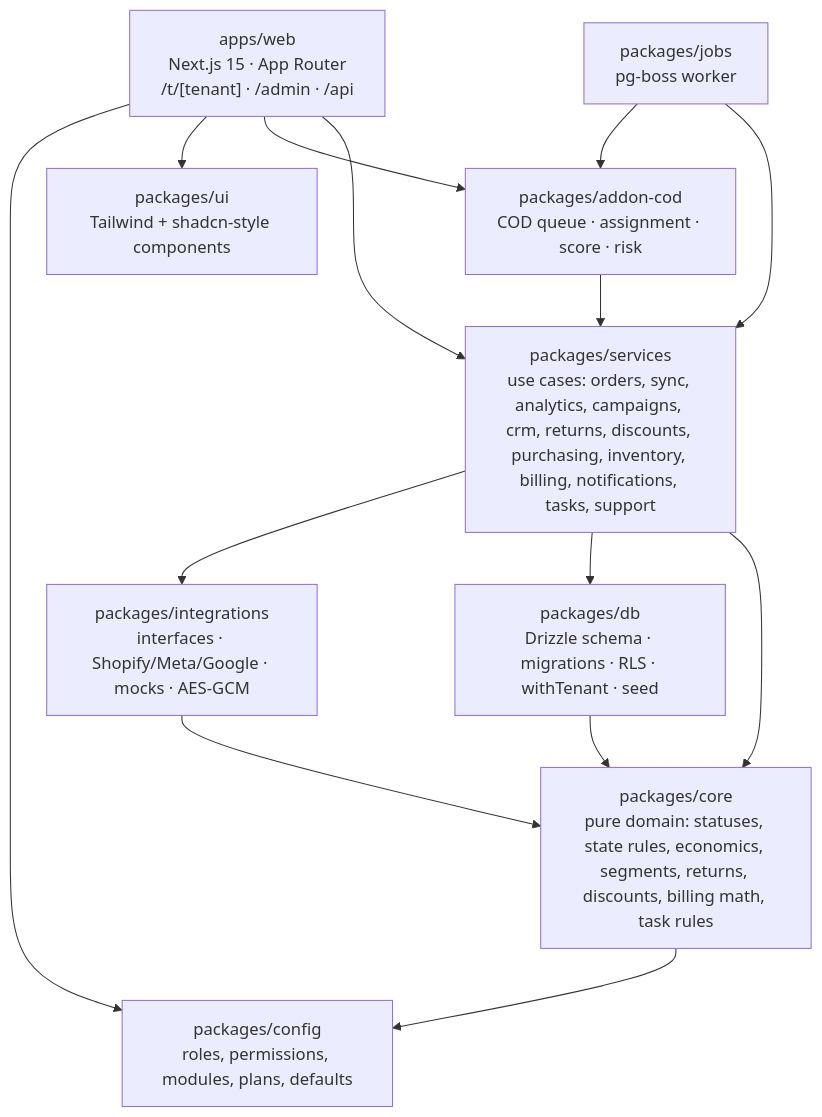
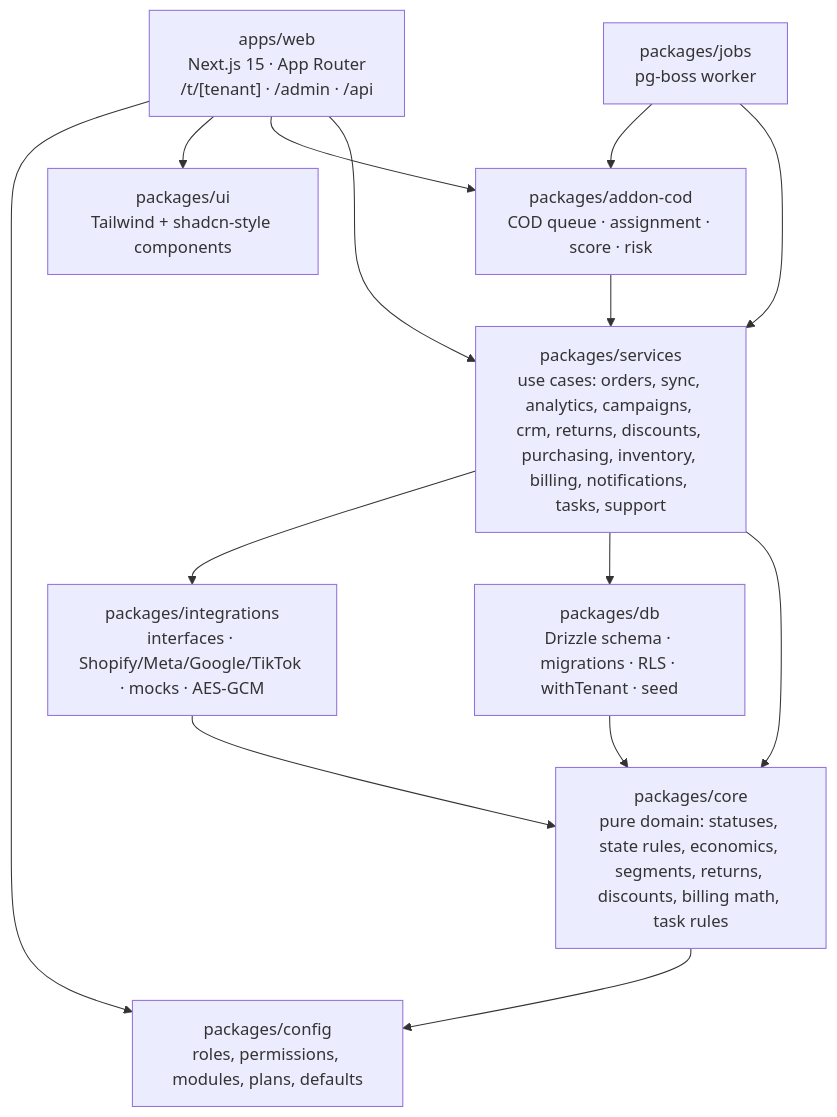
The first of 5 diagrams in docs/ARCHITECTURE.md (Federico1927/keel), drawn with Mermaid before and after one commit. The commit also changed other lines of this file and 64 other files, not shown here.

````diff
--- a/docs/ARCHITECTURE.md
+++ b/docs/ARCHITECTURE.md
@@ -7,26 +7,26 @@
 ```mermaid
 flowchart TD
   web["apps/web<br/>Next.js 15 · App Router<br/>/t/[tenant] · /admin · /api"]
   jobs["packages/jobs<br/>pg-boss worker"]
   cod["packages/addon-cod<br/>COD queue · assignment · score · risk"]
   services["packages/services<br/>use cases: orders, sync, analytics, campaigns, crm, returns, discounts, purchasing, inventory, billing, notifications, tasks, support"]
   core["packages/core<br/>pure domain: statuses, state rules, economics, segments, returns, discounts, billing math, task rules"]
   db["packages/db<br/>Drizzle schema · migrations · RLS · withTenant · seed"]
-  integrations["packages/integrations<br/>interfaces · Shopify/Meta/Google · mocks · AES-GCM"]
+  integrations["packages/integrations<br/>interfaces · Shopify/Meta/Google/TikTok · mocks · AES-GCM"]
   config["packages/config<br/>roles, permissions, modules, plans, defaults"]
   ui["packages/ui<br/>Tailwind + shadcn-style components"]
 
   web --> services
   web --> cod
   web --> ui
   jobs --> services
   jobs --> cod
   cod --> services
   services --> core
   services --> db
   services --> integrations
   db --> core
   integrations --> core
   core --> config
   web --> config
 ```
````
